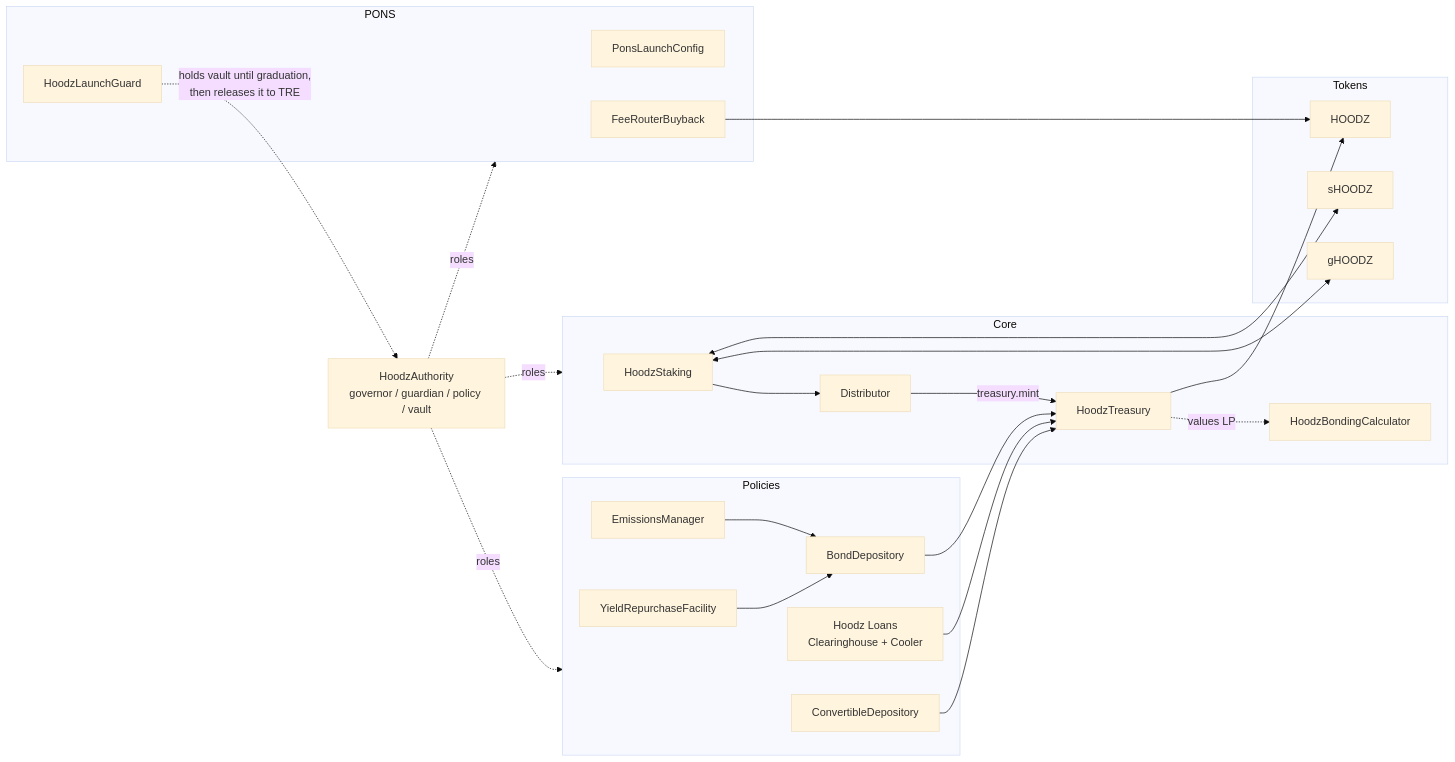
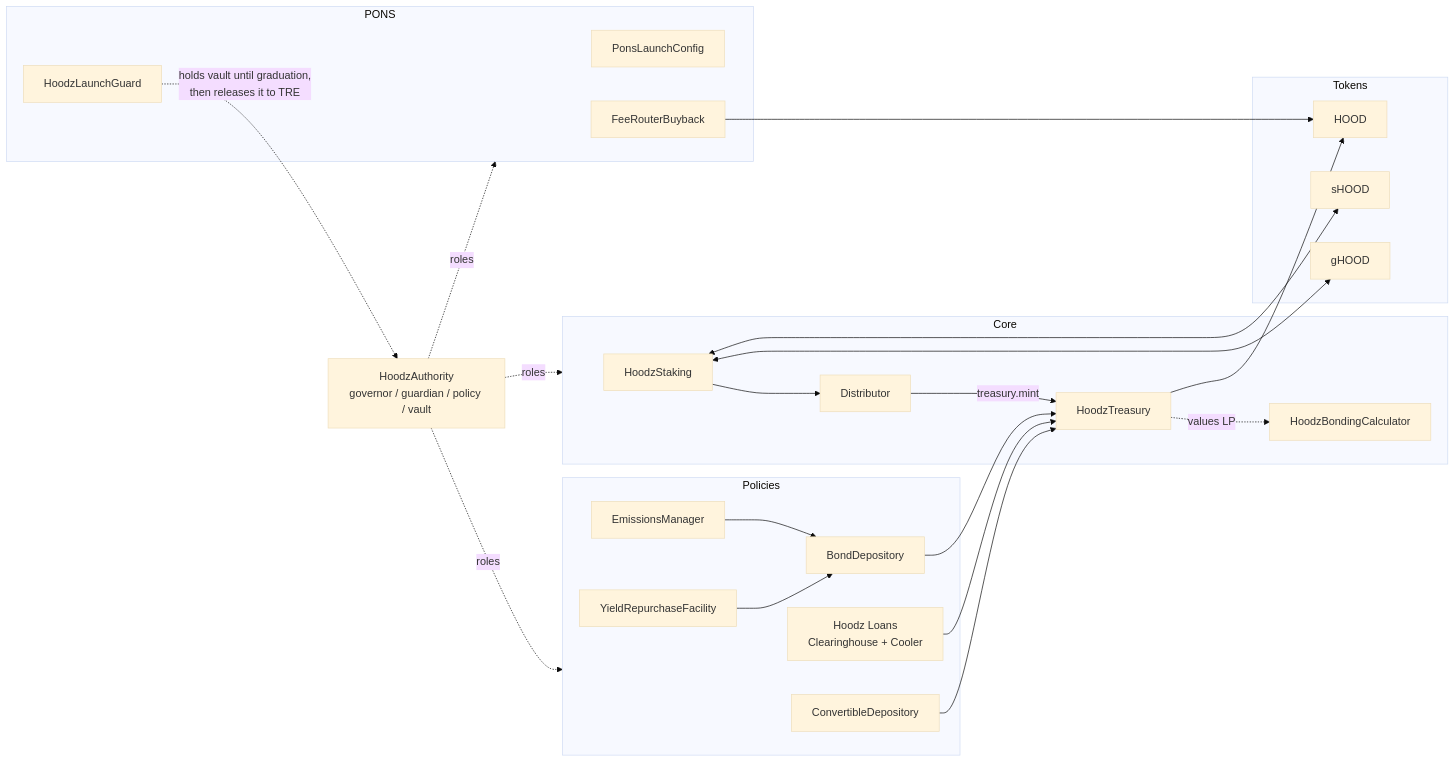
One commit to averageballer13/Hoodz changed the second of 10 diagrams in docs/PROTOCOL.md. Above: the diagram before and after it, drawn with Mermaid (base theme). The commit also changed other lines of this file and 109 other files, not shown here.

````diff
--- a/docs/PROTOCOL.md
+++ b/docs/PROTOCOL.md
@@ -88,48 +88,48 @@
 ```mermaid
 flowchart LR
     AUTH["HoodzAuthority<br/>governor / guardian / policy / vault"]
 
     subgraph Tokens
-        H["HOODZ"]
-        S["sHOODZ"]
-        G["gHOODZ"]
+        H["HOOD"]
+        S["sHOOD"]
+        G["gHOOD"]
     end
 
     subgraph Core
         STK["HoodzStaking"]
         DIST["Distributor"]
         TRE["HoodzTreasury"]
         CALC["HoodzBondingCalculator"]
     end
 
     subgraph Policies
         BOND["BondDepository"]
         LOANS["Hoodz Loans<br/>Clearinghouse + Cooler"]
         EMIS["EmissionsManager"]
         YRF2["YieldRepurchaseFacility"]
         CDEP["ConvertibleDepository"]
     end
 
     subgraph PONS
         CFG["PonsLaunchConfig"]
         GRD["HoodzLaunchGuard"]
         FRB["FeeRouterBuyback"]
     end
 
     AUTH -.->|"roles"| Core
     AUTH -.->|"roles"| Policies
     AUTH -.->|"roles"| PONS
     STK <--> S
     STK <--> G
     STK --> DIST
     DIST -->|"treasury.mint"| TRE
     TRE --> H
     BOND --> TRE
     LOANS --> TRE
     EMIS --> BOND
     YRF2 --> BOND
     CDEP --> TRE
     TRE -.->|"values LP"| CALC
     GRD -.->|"holds vault until graduation,<br/>then releases it to TRE"| AUTH
     FRB --> H
 ```
````
